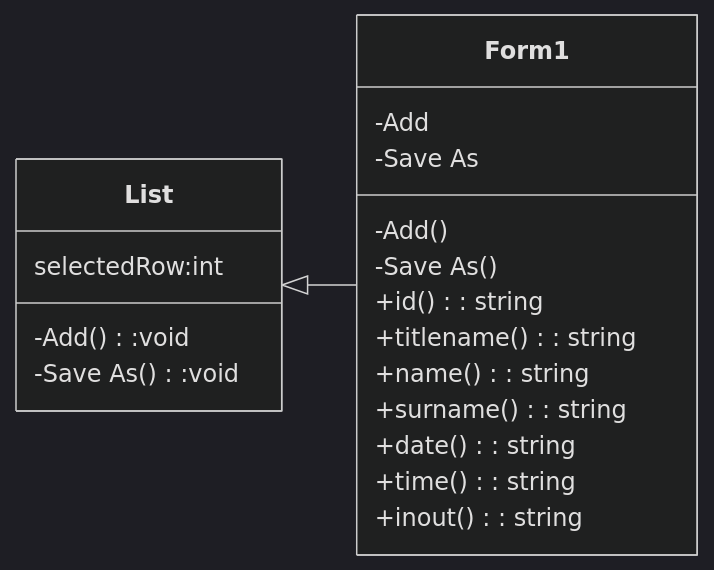
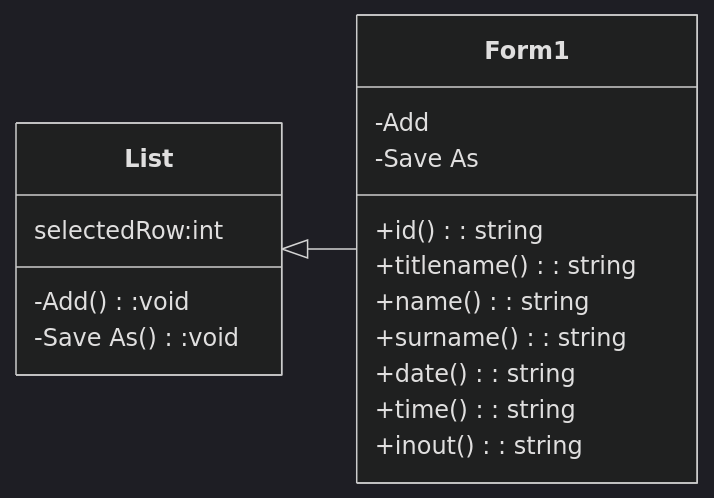
One commit to kongphop3212/Final-Project-Assignment changed the diagram in README.md. Above: the diagram before and after it, drawn with Mermaid (dark theme).

````diff
--- a/README.md
+++ b/README.md
@@ -9,25 +9,21 @@
 ```mermaid
 classDiagram
   List <|--Form1
   direction LR
-  class Form1{
-  -Add()
-  -Save As()
-  }
   class List{
   selectedRow:int
   -Add():void
   -Save As():void
   }
   class Form1{
   -Add
   -Save As
   +id() : string
   +titlename() : string
   +name() : string
   +surname() : string
   +date() : string
   +time() : string
   +inout() : string
   }
 ```
````
